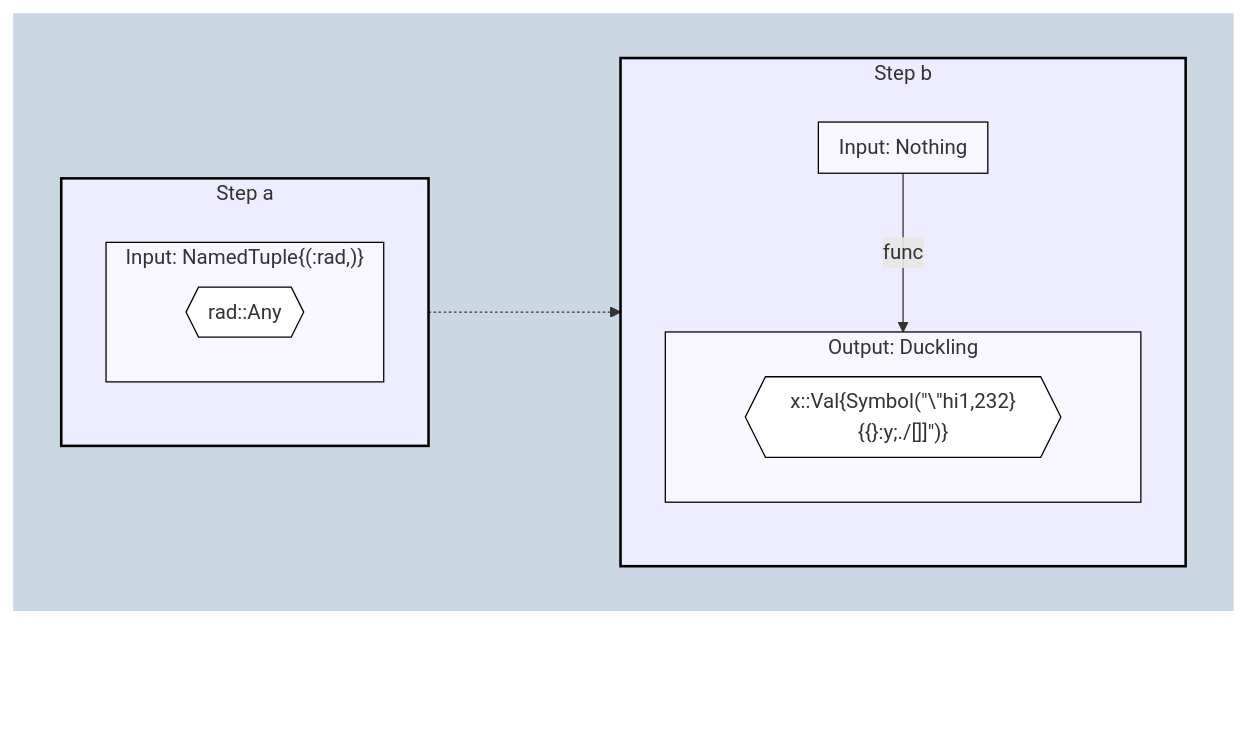
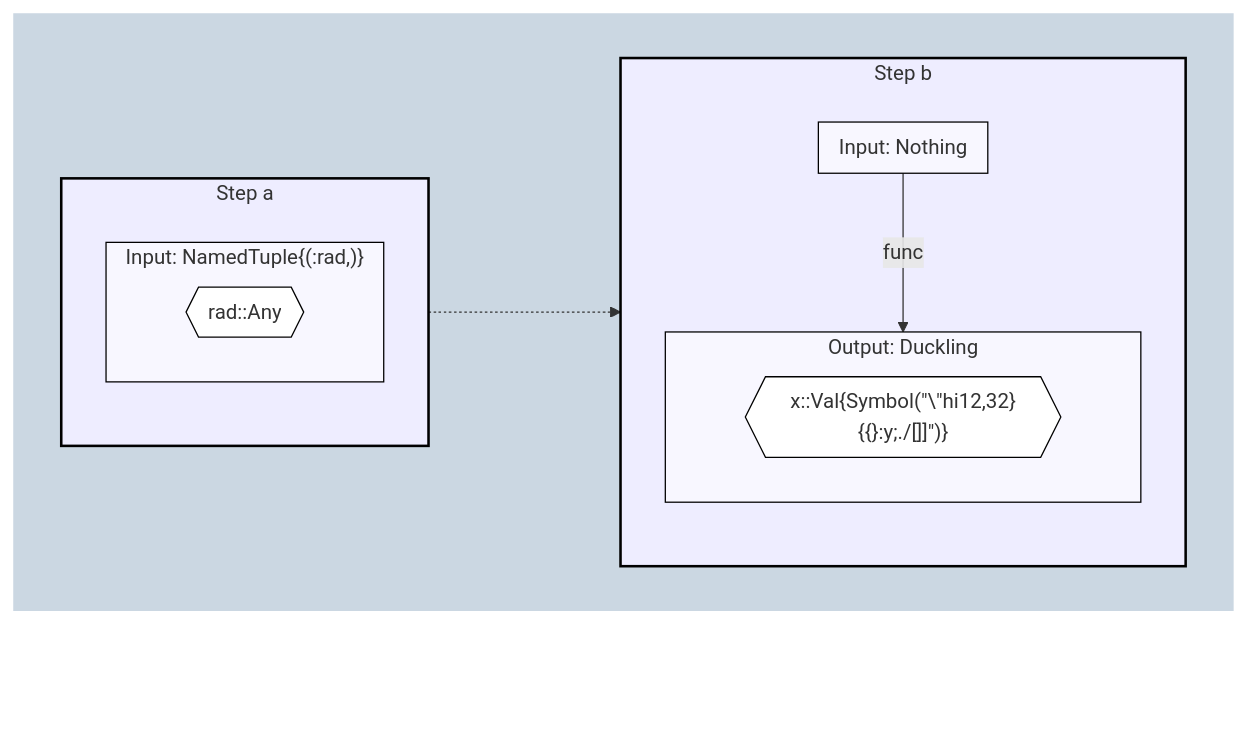
One commit to beacon-biosignals/TransformSpecifications.jl changed the diagram in test/reference_tests/mermaid_escape.md. Above: the diagram before and after it, drawn with Mermaid. The commit also changed 3 other files, not shown here.

````diff
--- a/test/reference_tests/mermaid_escape.md
+++ b/test/reference_tests/mermaid_escape.md
@@ -1,40 +1,40 @@
 ```mermaid
 flowchart
 
 %% Define steps (nodes)
 subgraph OUTERLEVEL["` `"]
 direction LR
 subgraph STEP_A["Step a"]
   direction TB
   subgraph STEP_A_InputSchema["Input: NamedTuple{(:rad,)}"]
     direction RL
     STEP_A_InputSchemarad{{"rad::Any"}}
     class STEP_A_InputSchemarad classSpecField
   end
   class STEP_A_InputSchema classSpec
 end
 subgraph STEP_B["Step b"]
   direction TB
   subgraph STEP_B_InputSchema["Input: Nothing"]
     direction RL
   end
   subgraph STEP_B_OutputSchema["Output: Duckling"]
     direction RL
-    STEP_B_OutputSchemax{{"x::Val{Symbol(#quot;\#quot;hi1,232}{{}:y;./[]]#quot;)}"}}
+    STEP_B_OutputSchemax{{"x::Val{Symbol(#quot;\#quot;hi12,32}{{}:y;./[]]#quot;)}"}}
     class STEP_B_OutputSchemax classSpecField
   end
   STEP_B_InputSchema:::classSpec -- func --> STEP_B_OutputSchema:::classSpec
 end
 
 %% Link steps (edges)
 STEP_A:::classStep -..-> STEP_B:::classStep
 
 end
 OUTERLEVEL:::classOuter ~~~ OUTERLEVEL:::classOuter
 
 %% Styling definitions
 classDef classOuter fill:#cbd7e2,stroke:#000,stroke-width:0px;
 classDef classStep fill:#eeedff,stroke:#000,stroke-width:2px;
 classDef classSpec fill:#f8f7ff,stroke:#000,stroke-width:1px;
 classDef classSpecField fill:#fff,stroke:#000,stroke-width:1px;
 ```
````
